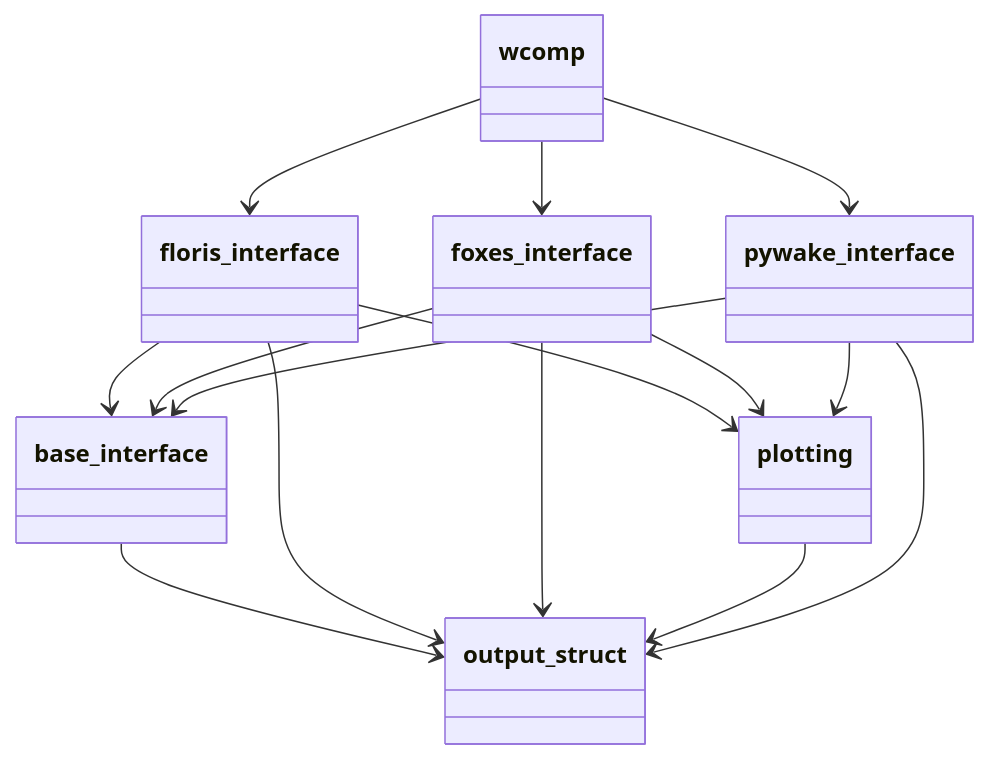
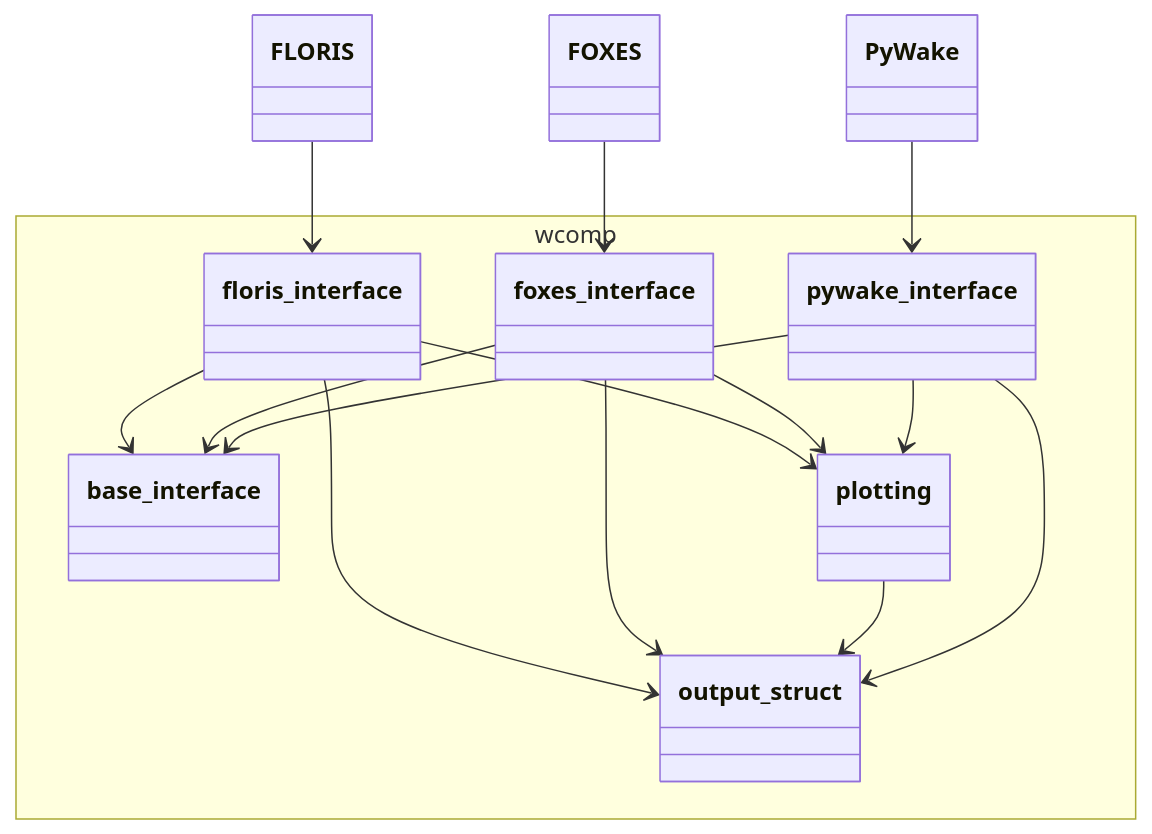
One commit to rafmudaf/wcomp changed the diagram in docs/architecture.md. Above: the diagram before and after it, drawn with Mermaid. The commit also changed 5 other files, not shown here.

````diff
--- a/docs/architecture.md
+++ b/docs/architecture.md
@@ -14,17 +14,28 @@
 ```{mermaid}
 classDiagram
-  wcomp --> floris_interface
-  wcomp --> foxes_interface
-  wcomp --> pywake_interface
-  base_interface --> output_struct
+  class FLORIS
+  class FOXES
+  class PyWake
+  namespace wcomp {
+      class base_interface
+      class floris_interface
+      class foxes_interface
+      class pywake_interface
+      class plotting
+      class output_struct
+  }
+
+  FLORIS --> floris_interface
+  FOXES --> foxes_interface
+  PyWake --> pywake_interface
   floris_interface --> base_interface
   floris_interface --> output_struct
   floris_interface --> plotting
   foxes_interface --> base_interface
   foxes_interface --> output_struct
   foxes_interface --> plotting
   plotting --> output_struct
   pywake_interface --> base_interface
   pywake_interface --> output_struct
   pywake_interface --> plotting
 ```
````
